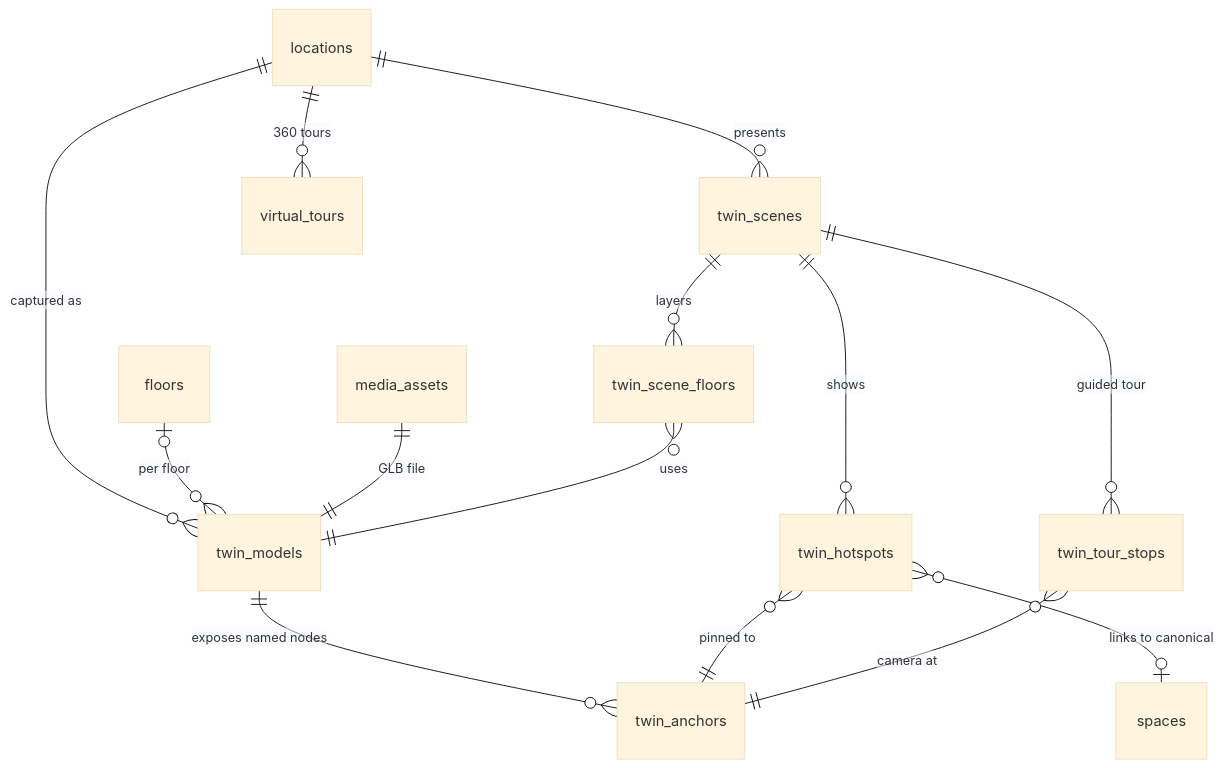
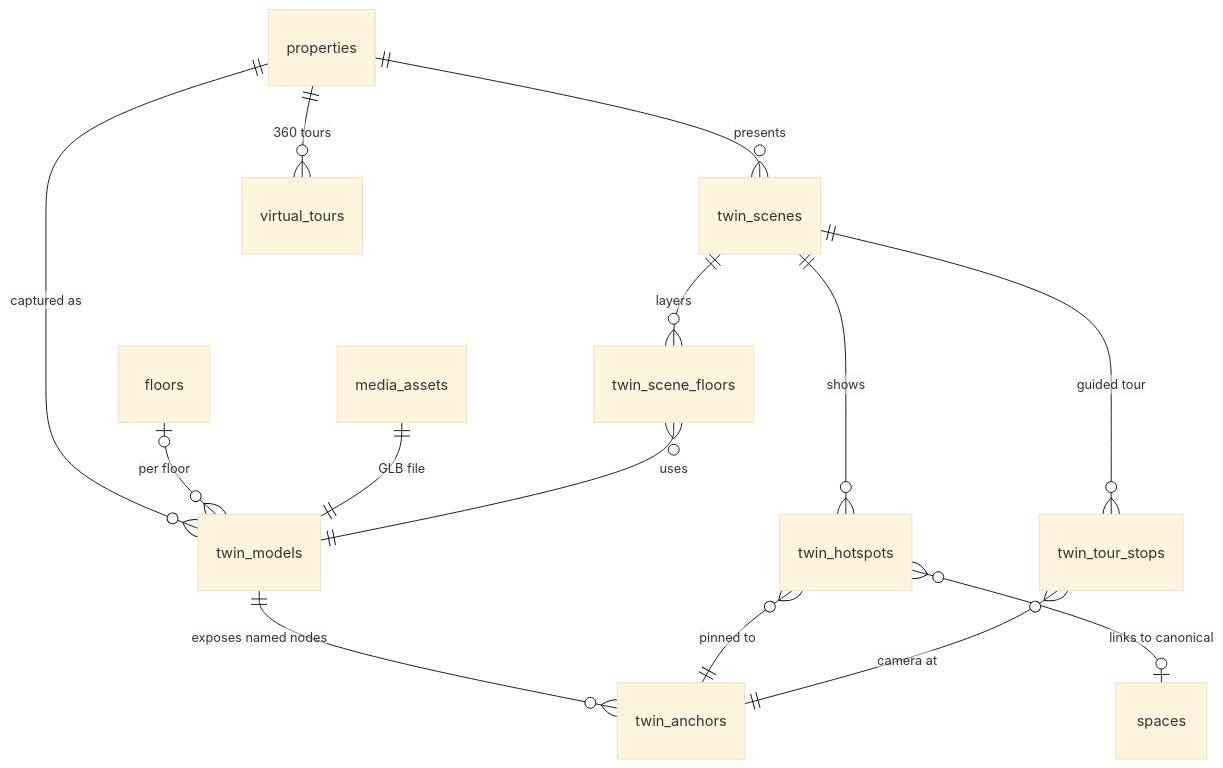
Before and after one commit to ErSuryaPrakashChamoli/smartgo: the sixth of 6 diagrams in docs/architecture/DATABASE_ERD.md, drawn with Mermaid (base theme). The commit also changed other lines of this file and 26 other files, not shown here.

````diff
--- a/docs/architecture/DATABASE_ERD.md
+++ b/docs/architecture/DATABASE_ERD.md
@@ -308,16 +311,16 @@
 ```mermaid
 erDiagram
-  locations ||--o{ twin_models : "captured as"
+  properties ||--o{ twin_models : "captured as"
   floors |o--o{ twin_models : "per floor"
   media_assets ||--|| twin_models : "GLB file"
   twin_models ||--o{ twin_anchors : "exposes named nodes"
-  locations ||--o{ twin_scenes : presents
+  properties ||--o{ twin_scenes : presents
   twin_scenes ||--o{ twin_scene_floors : layers
   twin_scene_floors }o--|| twin_models : uses
   twin_scenes ||--o{ twin_hotspots : shows
   twin_hotspots }o--|| twin_anchors : "pinned to"
   twin_hotspots }o--o| spaces : "links to canonical"
   twin_scenes ||--o{ twin_tour_stops : "guided tour"
   twin_tour_stops }o--|| twin_anchors : "camera at"
-  locations ||--o{ virtual_tours : "360 tours"
+  properties ||--o{ virtual_tours : "360 tours"
 ```
````
